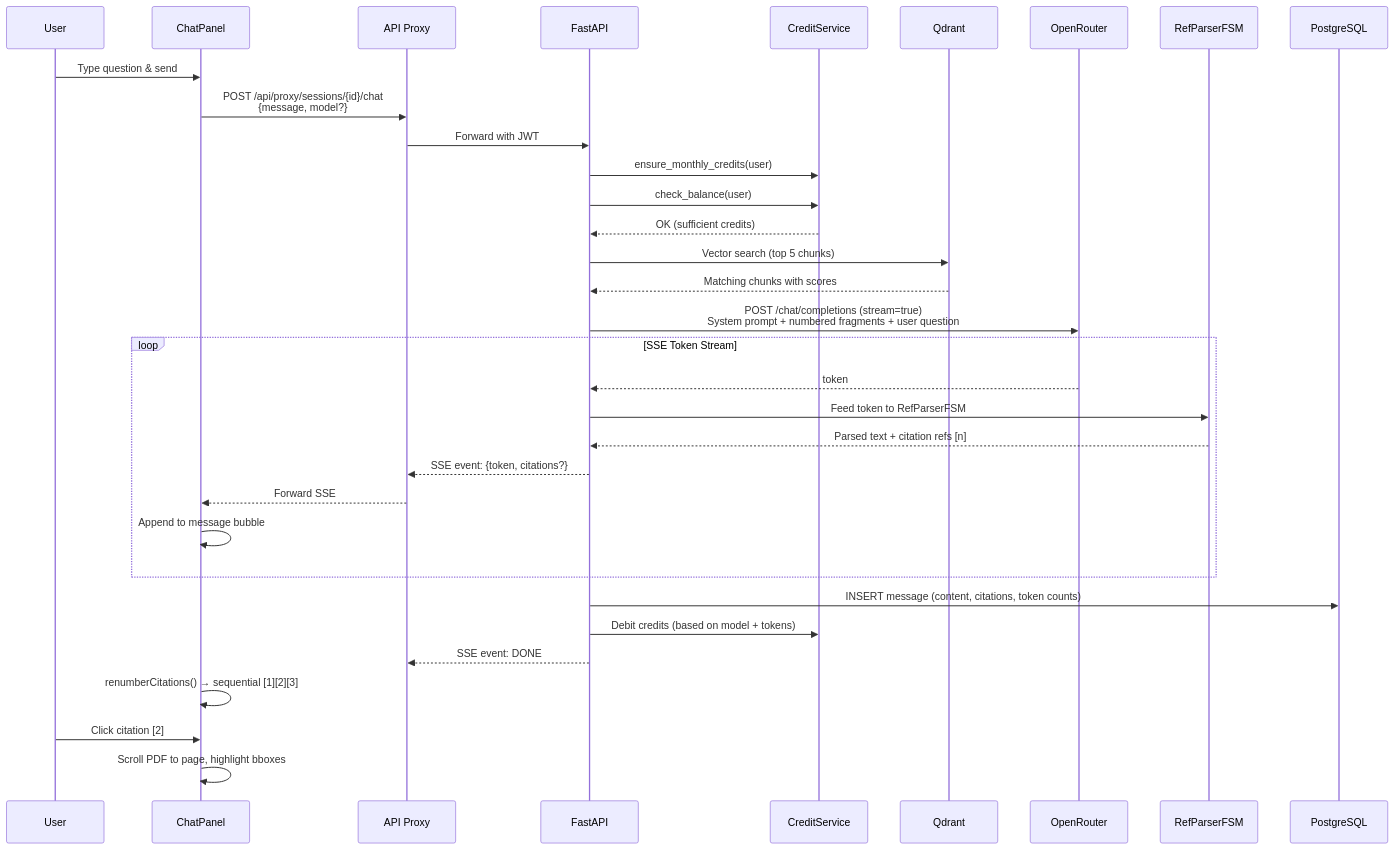
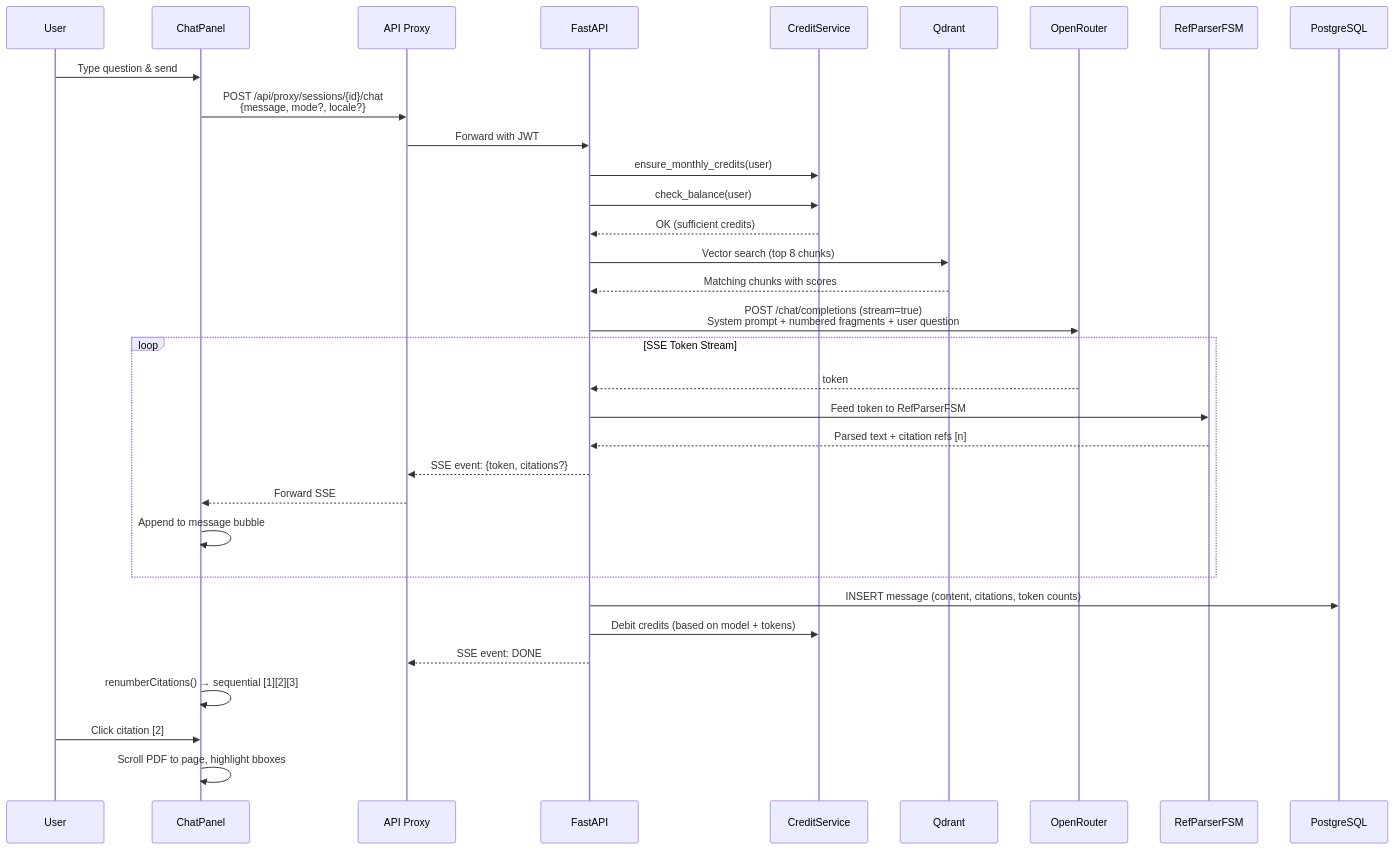
One commit to Rswcf/DocTalk changed the third of 8 diagrams in docs/ARCHITECTURE.md. Above: the diagram before and after it, drawn with Mermaid. The commit also changed other lines of this file and 14 other files, not shown here.

````diff
--- a/docs/ARCHITECTURE.md
+++ b/docs/ARCHITECTURE.md
@@ -148,41 +148,41 @@
 ```mermaid
 sequenceDiagram
     participant U as User
     participant CP as ChatPanel
     participant P as API Proxy
     participant API as FastAPI
     participant CS as CreditService
     participant Q as Qdrant
     participant OR as OpenRouter
     participant FSM as RefParserFSM
     participant DB as PostgreSQL
 
     U->>CP: Type question & send
-    CP->>P: POST /api/proxy/sessions/{id}/chat<br/>{message, model?}
+    CP->>P: POST /api/proxy/sessions/{id}/chat<br/>{message, mode?, locale?}
     P->>API: Forward with JWT
 
     API->>CS: ensure_monthly_credits(user)
     API->>CS: check_balance(user)
     CS-->>API: OK (sufficient credits)
 
-    API->>Q: Vector search (top 5 chunks)
+    API->>Q: Vector search (top 8 chunks)
     Q-->>API: Matching chunks with scores
 
     API->>OR: POST /chat/completions (stream=true)<br/>System prompt + numbered fragments + user question
 
     loop SSE Token Stream
         OR-->>API: token
         API->>FSM: Feed token to RefParserFSM
         FSM-->>API: Parsed text + citation refs [n]
         API-->>P: SSE event: {token, citations?}
         P-->>CP: Forward SSE
         CP->>CP: Append to message bubble
     end
 
     API->>DB: INSERT message (content, citations, token counts)
     API->>CS: Debit credits (based on model + tokens)
     API-->>P: SSE event: DONE
     CP->>CP: renumberCitations() → sequential [1][2][3]
     U->>CP: Click citation [2]
     CP->>CP: Scroll PDF to page, highlight bboxes
 ```
````
